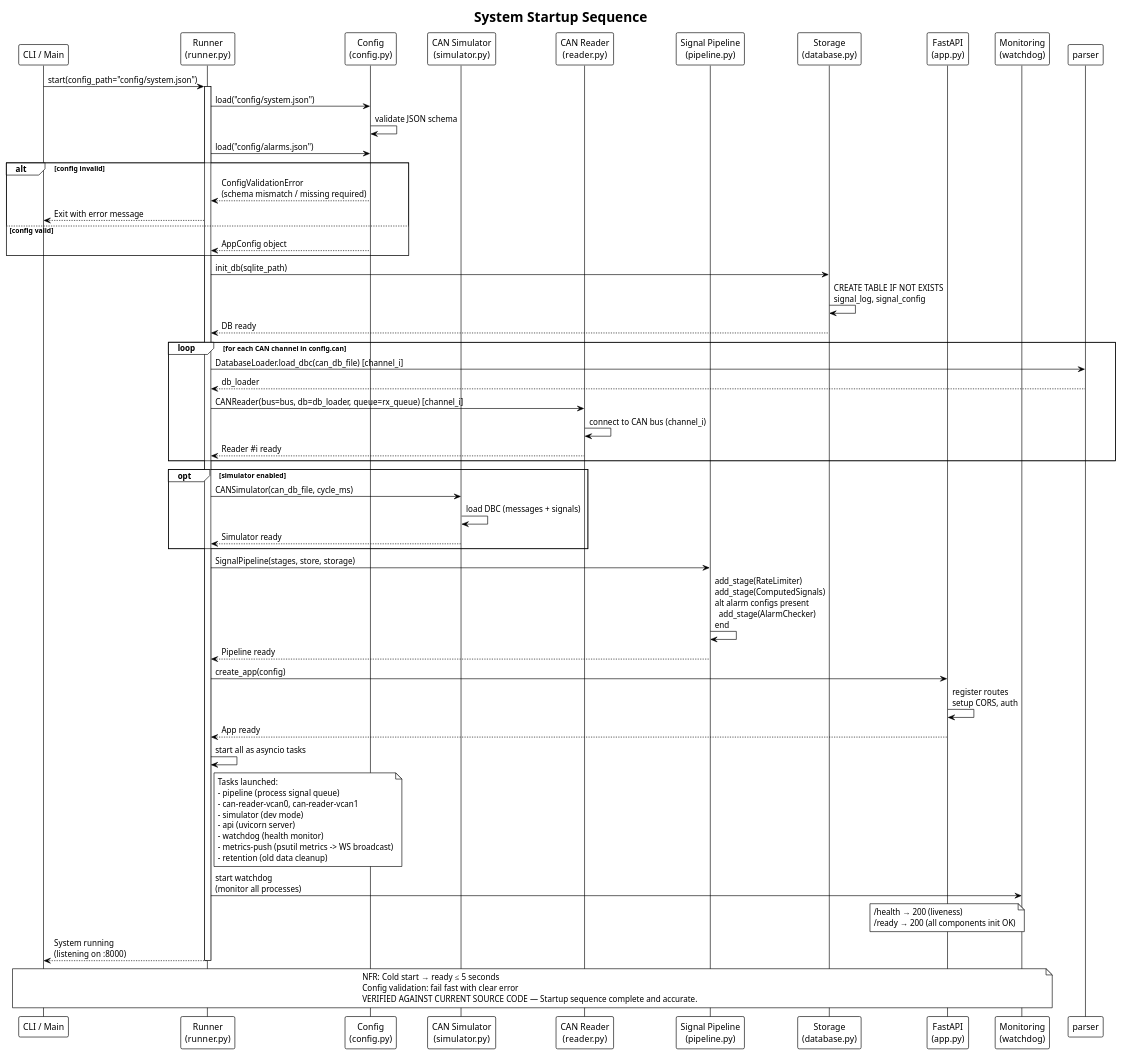
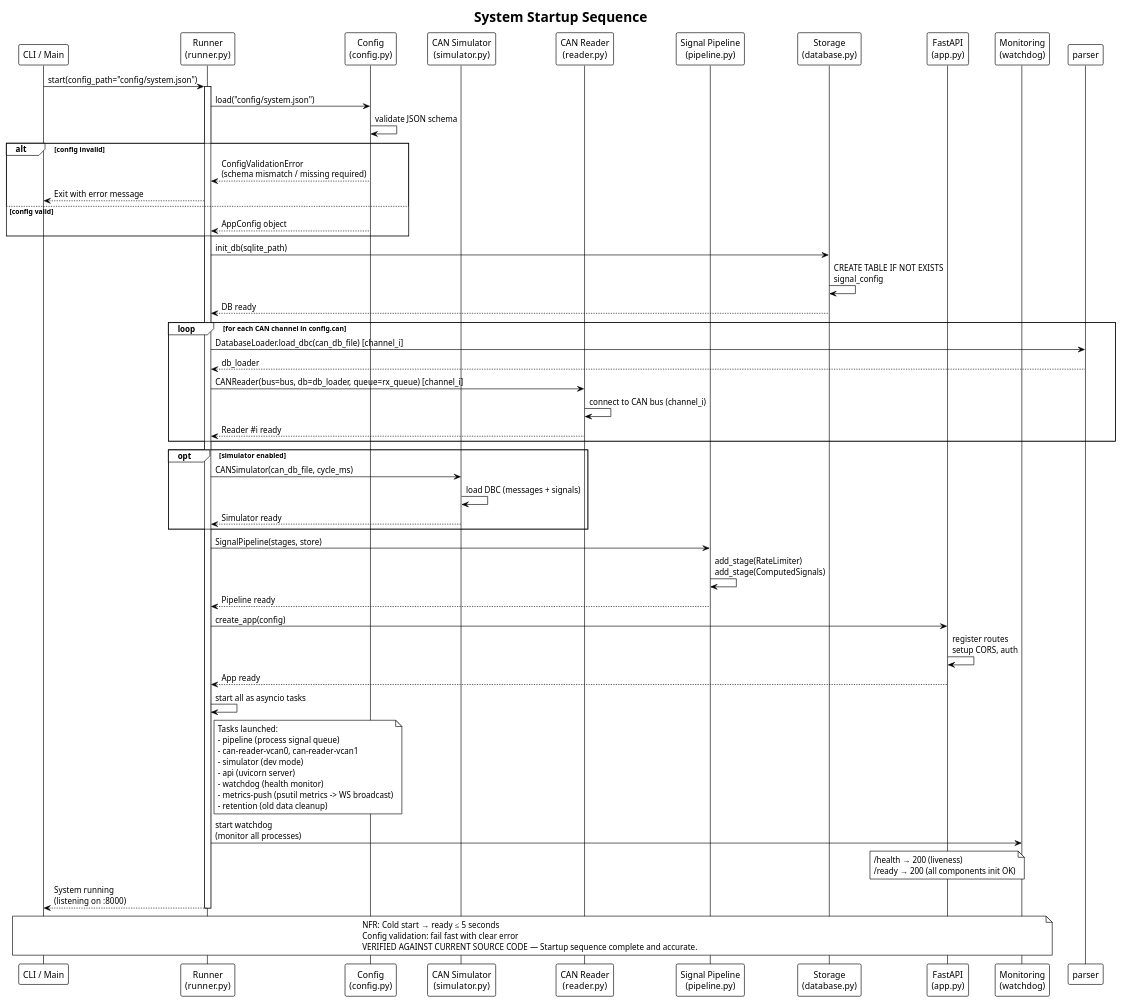
Before and after one commit to 3tdn/car-hmi: the diagram in diagram/SDD/SDD_sequence_boot_startup.puml, drawn with PlantUML. The commit also changed 58 other files, not shown here.

```diff
--- a/diagram/SDD/SDD_sequence_boot_startup.puml
+++ b/diagram/SDD/SDD_sequence_boot_startup.puml
@@ -1,78 +1,77 @@
 @startuml Sequence - System Startup
 !theme plain
 title System Startup Sequence
 
 participant "CLI / Main" as cli
 participant "Runner\n(runner.py)" as runner
 participant "Config\n(config.py)" as config
 participant "CAN Simulator\n(simulator.py)" as sim
 participant "CAN Reader\n(reader.py)" as reader
 participant "Signal Pipeline\n(pipeline.py)" as pipe
 participant "Storage\n(database.py)" as db
 participant "FastAPI\n(app.py)" as api
 participant "Monitoring\n(watchdog)" as mon
 
 cli -> runner : start(config_path="config/system.json")
 activate runner
 
 runner -> config : load("config/system.json")
 config -> config : validate JSON schema
-runner -> config : load("config/alarms.json")
 alt config invalid
     config --> runner : ConfigValidationError\n(schema mismatch / missing required)
     runner --> cli : Exit with error message
 else config valid
     config --> runner : AppConfig object
 end
 
 runner -> db : init_db(sqlite_path)
-db -> db : CREATE TABLE IF NOT EXISTS\nsignal_log, signal_config
+db -> db : CREATE TABLE IF NOT EXISTS\nsignal_config
 db --> runner : DB ready
 
 loop for each CAN channel in config.can
     runner -> parser : DatabaseLoader.load_dbc(can_db_file) [channel_i]
     parser --> runner : db_loader
     runner -> reader : CANReader(bus=bus, db=db_loader, queue=rx_queue) [channel_i]
     reader -> reader : connect to CAN bus (channel_i)
     reader --> runner : Reader #i ready
 end
 
 opt simulator enabled
     runner -> sim : CANSimulator(can_db_file, cycle_ms)
     sim -> sim : load DBC (messages + signals)
     sim --> runner : Simulator ready
 end
 
-runner -> pipe : SignalPipeline(stages, store, storage)
-pipe -> pipe : add_stage(RateLimiter)\nadd_stage(ComputedSignals)\nalt alarm configs present\n  add_stage(AlarmChecker)\nend
+runner -> pipe : SignalPipeline(stages, store)
+pipe -> pipe : add_stage(RateLimiter)\nadd_stage(ComputedSignals)
 pipe --> runner : Pipeline ready
 
 runner -> api : create_app(config)
 api -> api : register routes\nsetup CORS, auth
 api --> runner : App ready
 
 runner -> runner : start all as asyncio tasks
 note right of runner
   Tasks launched:
   - pipeline (process signal queue)
   - can-reader-vcan0, can-reader-vcan1
   - simulator (dev mode)
   - api (uvicorn server)
   - watchdog (health monitor)
   - metrics-push (psutil metrics -> WS broadcast)
   - retention (old data cleanup)
 end note
 runner -> mon : start watchdog\n(monitor all processes)
 
 note over api : /health → 200 (liveness)\n/ready → 200 (all components init OK)
 runner --> cli : System running\n(listening on :8000)
 
 note over cli, mon
   NFR: Cold start → ready ≤ 5 seconds
   Config validation: fail fast with clear error
   VERIFIED AGAINST CURRENT SOURCE CODE — Startup sequence complete and accurate.
 end note
 
 deactivate runner
 
 @enduml
```
